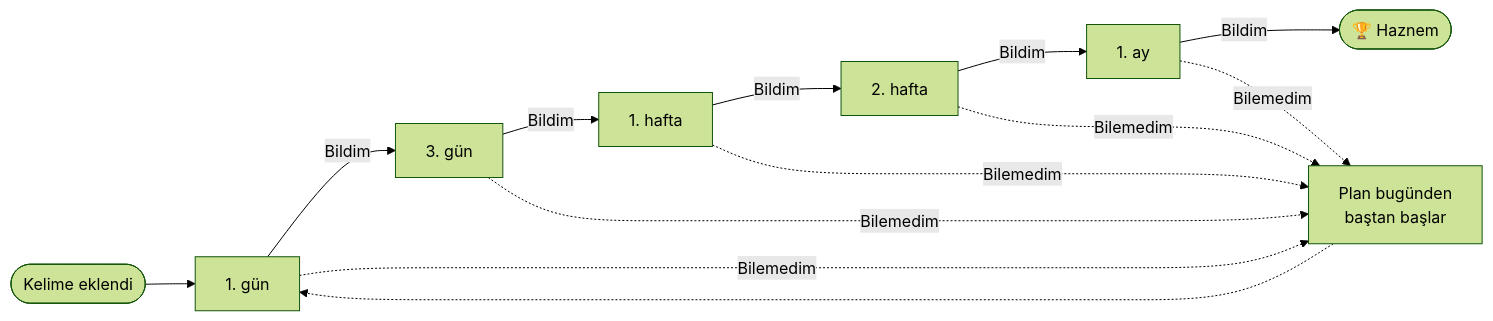
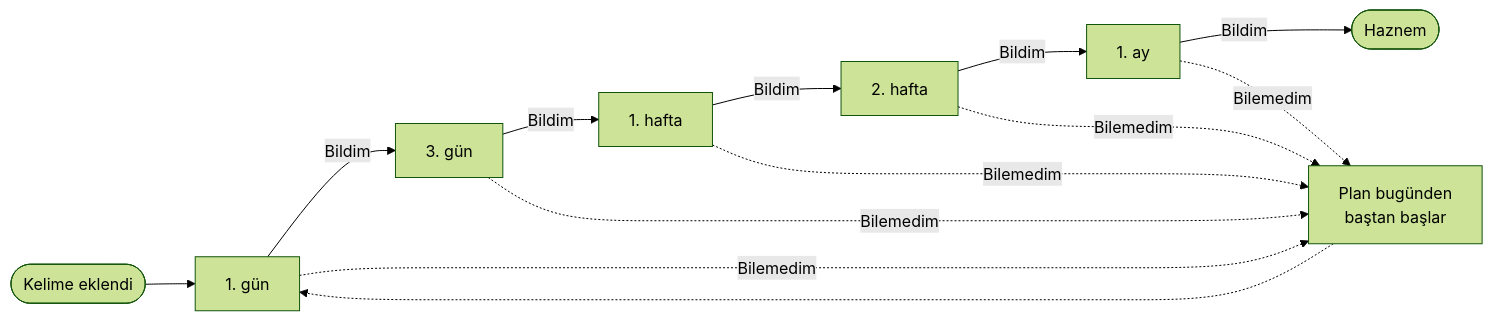
One commit to aliozcany/kelime-kartlari changed the diagram in README.md. Above: the diagram before and after it, drawn with Mermaid (forest theme). The commit also changed other lines of this file and 8 other files, not shown here.

````diff
--- a/README.md
+++ b/README.md
@@ -41,11 +42,11 @@
 ```mermaid
 flowchart LR
     A([Kelime eklendi]) --> S1[1. gün]
     S1 -->|Bildim| S2[3. gün]
     S2 -->|Bildim| S3[1. hafta]
     S3 -->|Bildim| S4[2. hafta]
     S4 -->|Bildim| S5[1. ay]
-    S5 -->|Bildim| H([🏆 Haznem])
+    S5 -->|Bildim| H([Haznem])
     S1 & S2 & S3 & S4 & S5 -.->|Bilemedim| R[Plan bugünden<br/>baştan başlar]
     R -.-> S1
 ```
````
